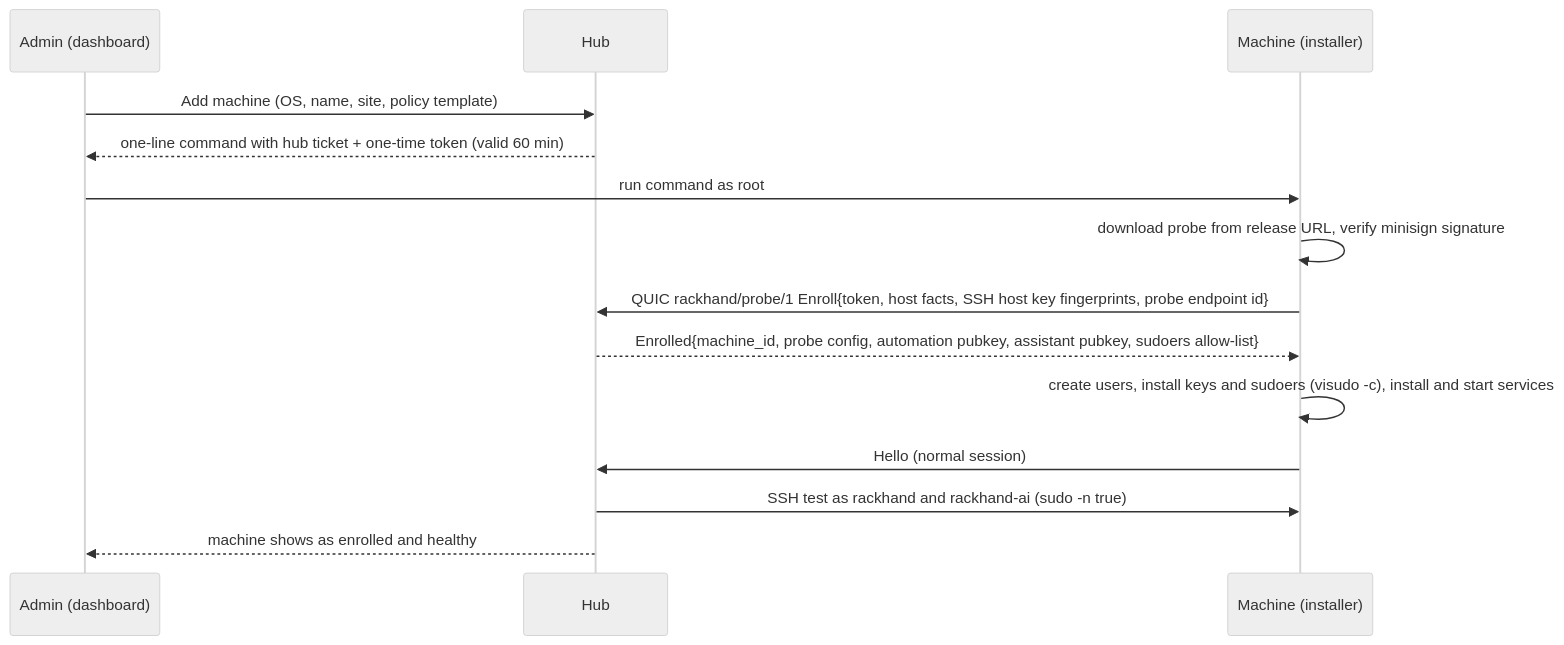
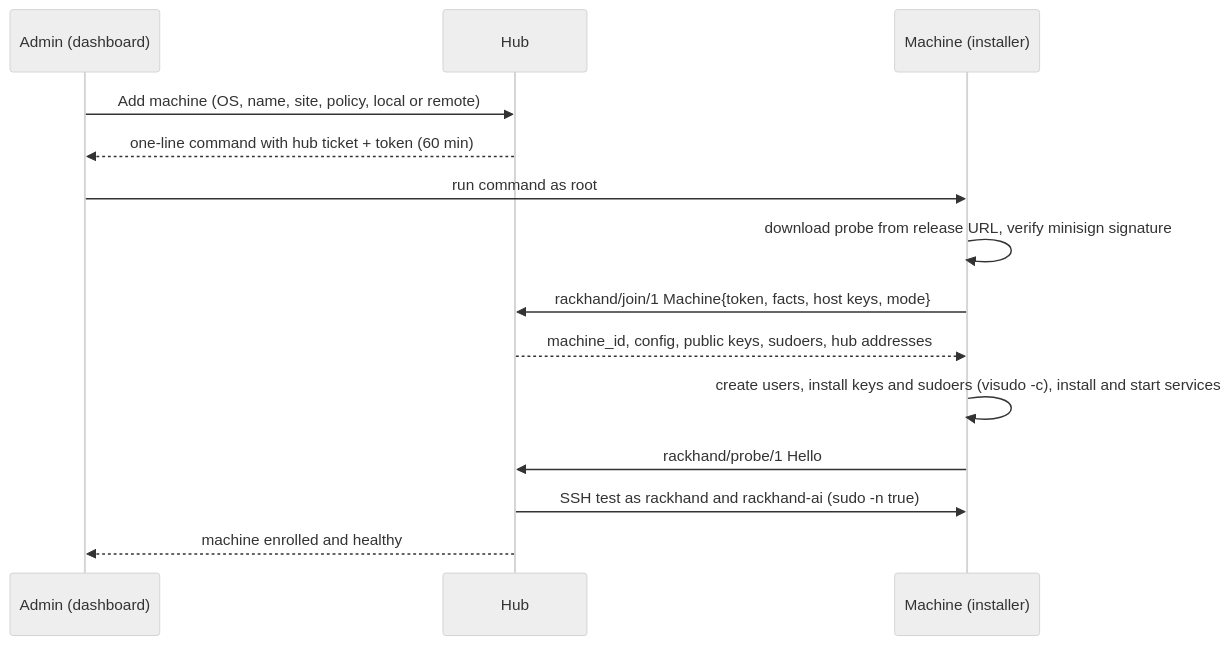
Before and after one commit to StrangeMatterStudio/Rackhand: the third of 7 diagrams in docs/designs/0001-architecture/design.md, drawn with Mermaid (neutral theme). The commit also changed other lines of this file, not shown here.

````diff
--- a/docs/designs/0001-architecture/design.md
+++ b/docs/designs/0001-architecture/design.md
@@ -502,16 +668,16 @@
 ```mermaid
 sequenceDiagram
   participant U as Admin (dashboard)
   participant H as Hub
   participant M as Machine (installer)
-  U->>H: Add machine (OS, name, site, policy template)
-  H-->>U: one-line command with hub ticket + one-time token (valid 60 min)
+  U->>H: Add machine (OS, name, site, policy, local or remote)
+  H-->>U: one-line command with hub ticket + token (60 min)
   U->>M: run command as root
   M->>M: download probe from release URL, verify minisign signature
-  M->>H: QUIC rackhand/probe/1 Enroll{token, host facts, SSH host key fingerprints, probe endpoint id}
-  H-->>M: Enrolled{machine_id, probe config, automation pubkey, assistant pubkey, sudoers allow-list}
+  M->>H: rackhand/join/1 Machine{token, facts, host keys, mode}
+  H-->>M: machine_id, config, public keys, sudoers, hub addresses
   M->>M: create users, install keys and sudoers (visudo -c), install and start services
-  M->>H: Hello (normal session)
+  M->>H: rackhand/probe/1 Hello
   H->>M: SSH test as rackhand and rackhand-ai (sudo -n true)
-  H-->>U: machine shows as enrolled and healthy
+  H-->>U: machine enrolled and healthy
 ```
````
